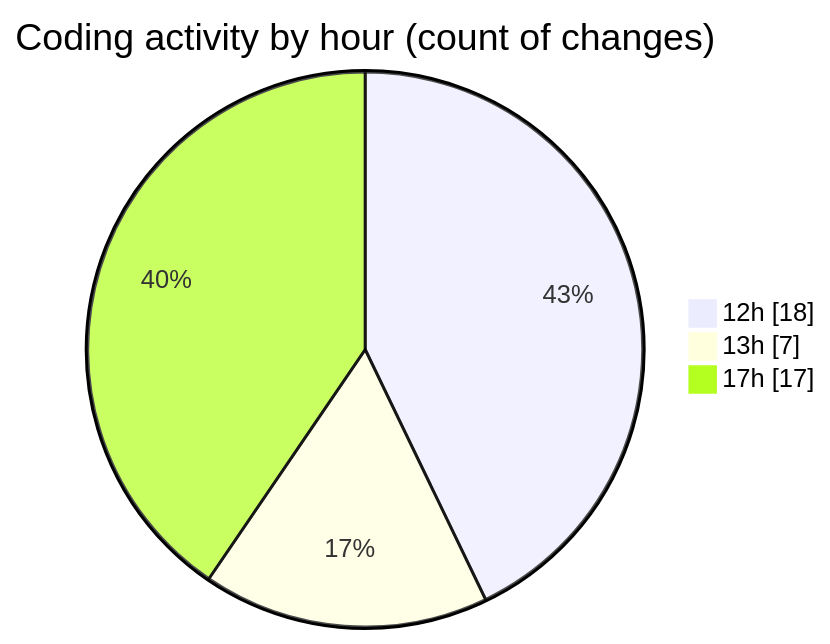
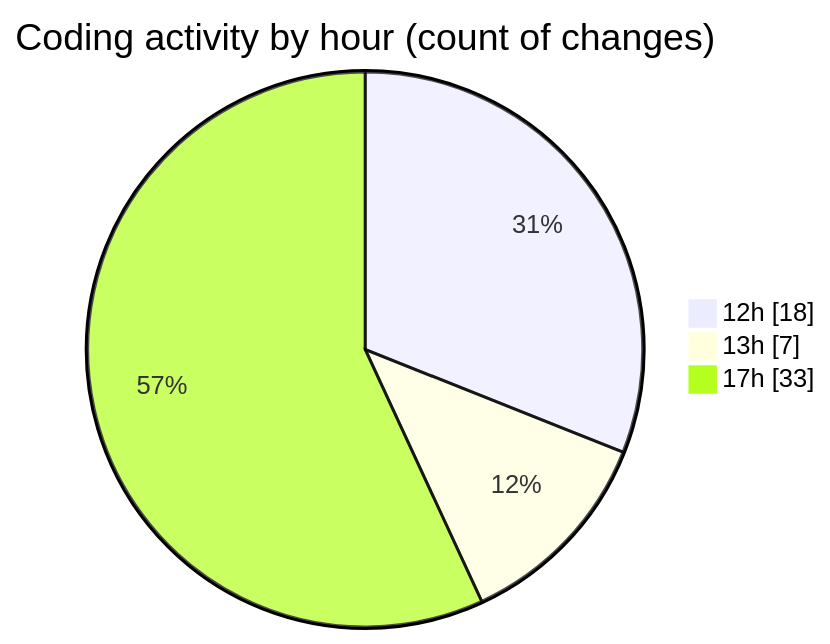
One commit to nxtqubesakshisongat/code-tracking changed the second of 2 diagrams in 2025-06-14/nxtqube_webapp/README.md. Above: the diagram before and after it, drawn with Mermaid. The commit also changed other lines of this file and 1 other file, not shown here.

````diff
--- a/2025-06-14/nxtqube_webapp/README.md
+++ b/2025-06-14/nxtqube_webapp/README.md
@@ -34,7 +34,7 @@
 ```mermaid
 pie showData
 title Coding activity by hour (count of changes)
 "12h" : 18
 "13h" : 7
-"17h" : 17
+"17h" : 33
 ```
````
